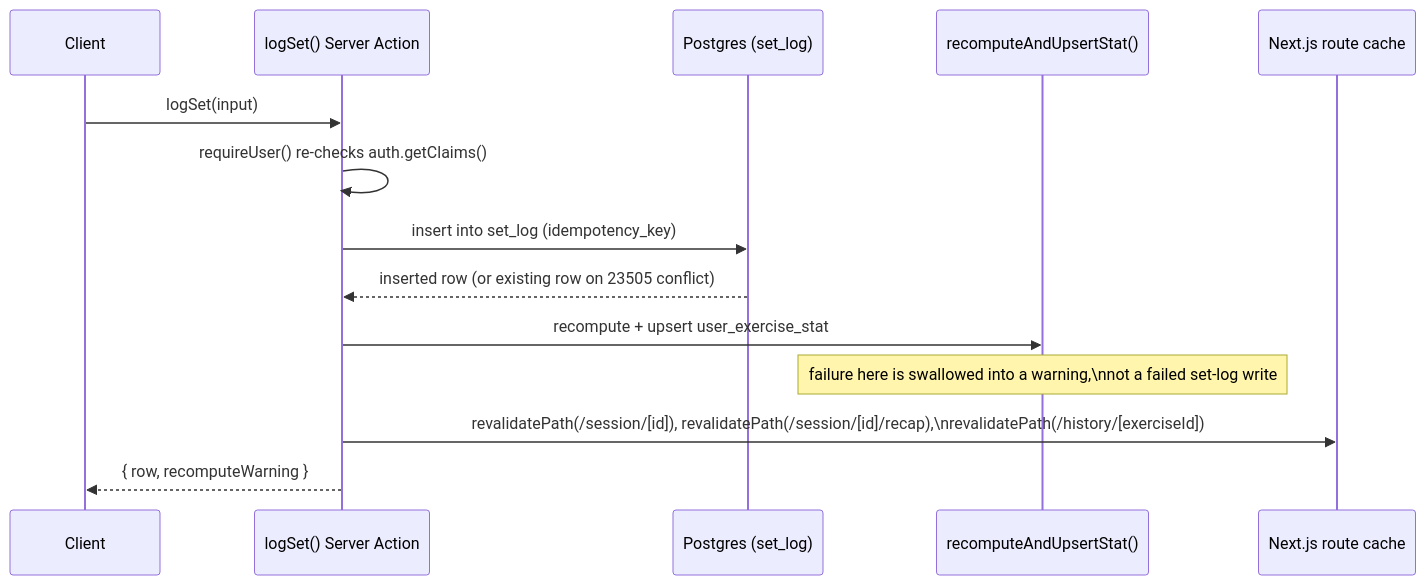
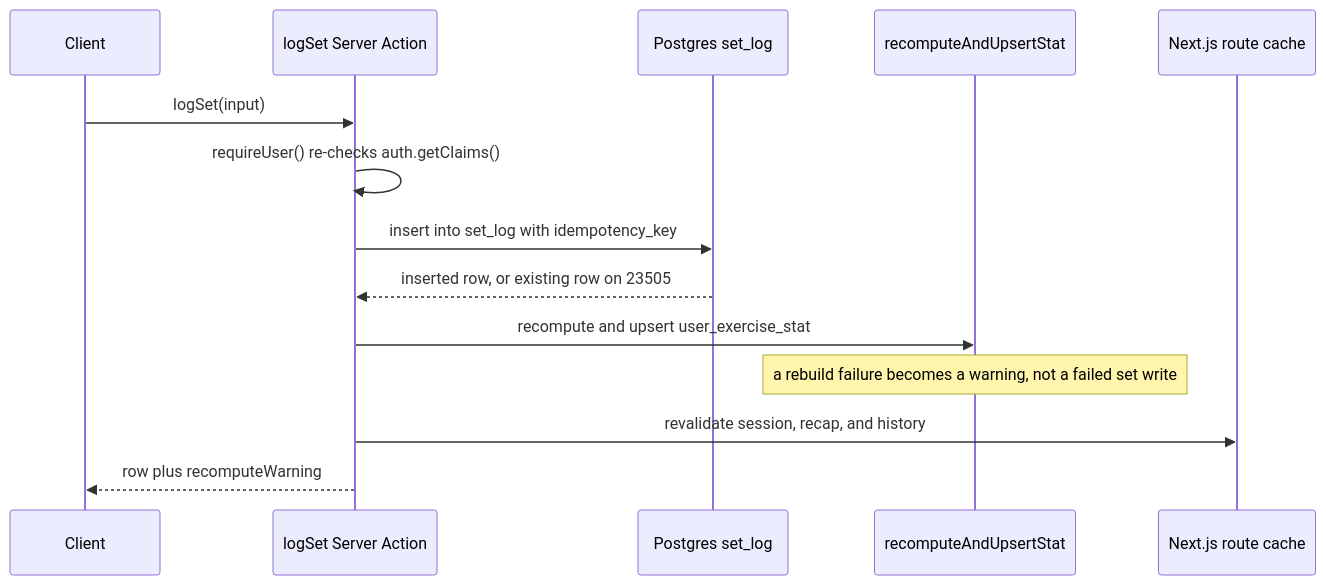
The third of 3 diagrams in openwiki/architecture/overview.md (jms-dcksn/lifting-app), drawn with Mermaid before and after one commit. The commit also changed other lines of this file and 40 other files, not shown here.

````diff
--- a/openwiki/architecture/overview.md
+++ b/openwiki/architecture/overview.md
@@ -162,17 +217,17 @@
 ```mermaid
 sequenceDiagram
     participant Client
-    participant Action as logSet() Server Action
-    participant DB as Postgres (set_log)
-    participant Stat as recomputeAndUpsertStat()
-    participant Cache as Next.js route cache
+    participant Action as logSet Server Action
+    participant DB as Postgres set_log
+    participant Stat as recomputeAndUpsertStat
+    participant RouteCache as Next.js route cache
 
     Client->>Action: logSet(input)
     Action->>Action: requireUser() re-checks auth.getClaims()
-    Action->>DB: insert into set_log (idempotency_key)
-    DB-->>Action: inserted row (or existing row on 23505 conflict)
-    Action->>Stat: recompute + upsert user_exercise_stat
-    Note over Stat: failure here is swallowed into a warning,\nnot a failed set-log write
-    Action->>Cache: revalidatePath(/session/[id]), revalidatePath(/session/[id]/recap),\nrevalidatePath(/history/[exerciseId])
-    Action-->>Client: { row, recomputeWarning }
+    Action->>DB: insert into set_log with idempotency_key
+    DB-->>Action: inserted row, or existing row on 23505
+    Action->>Stat: recompute and upsert user_exercise_stat
+    Note over Stat: a rebuild failure becomes a warning, not a failed set write
+    Action->>RouteCache: revalidate session, recap, and history
+    Action-->>Client: row plus recomputeWarning
 ```
````
